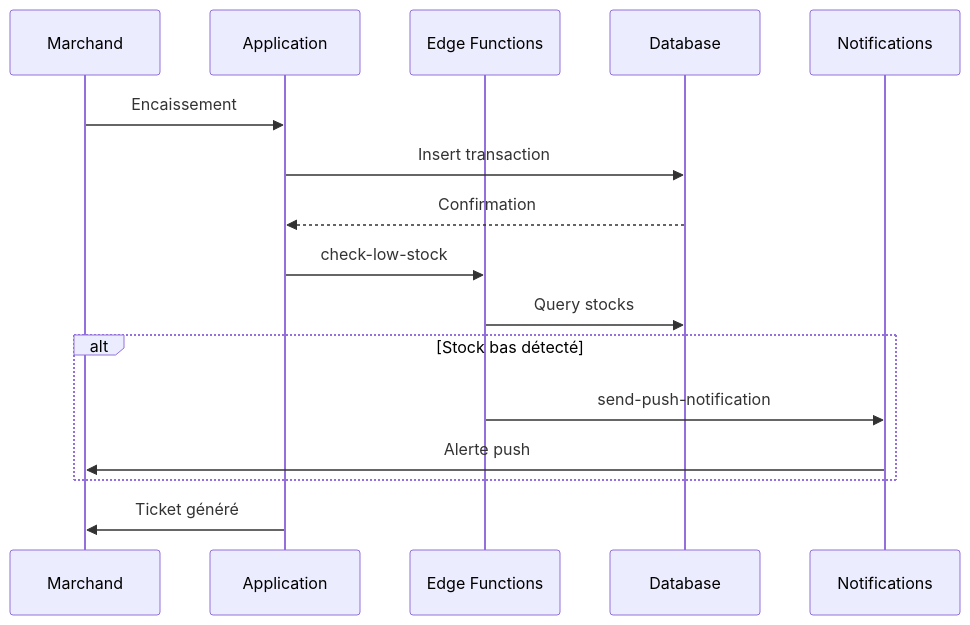
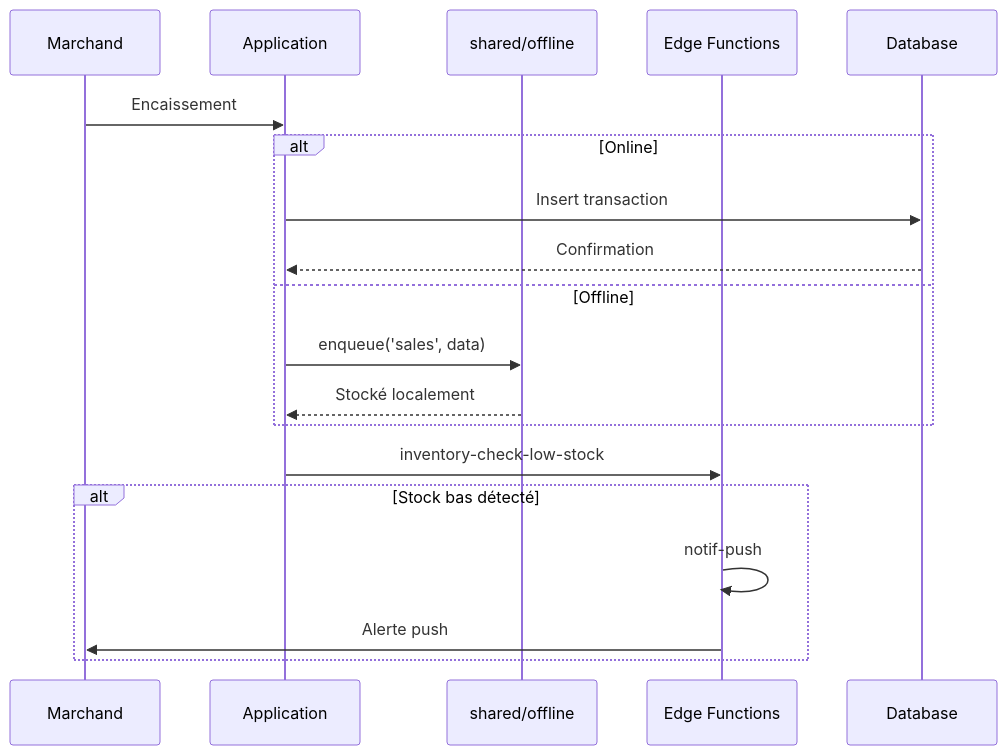
One commit to SOMET1010/igp-ifn-connect changed the sixth of 7 diagrams in docs/ARCHITECTURE.md. Above: the diagram before and after it, drawn with Mermaid. The commit also changed other lines of this file and 26 other files, not shown here.

````diff
--- a/docs/ARCHITECTURE.md
+++ b/docs/ARCHITECTURE.md
@@ -208,21 +272,25 @@
 ```mermaid
 sequenceDiagram
     participant M as Marchand
     participant App as Application
+    participant Offline as shared/offline
     participant EF as Edge Functions
     participant DB as Database
-    participant N as Notifications
     
     M->>App: Encaissement
-    App->>DB: Insert transaction
-    DB-->>App: Confirmation
-    App->>EF: check-low-stock
-    EF->>DB: Query stocks
+    
+    alt Online
+        App->>DB: Insert transaction
+        DB-->>App: Confirmation
+    else Offline
+        App->>Offline: enqueue('sales', data)
+        Offline-->>App: Stocké localement
+    end
+    
+    App->>EF: inventory-check-low-stock
     
     alt Stock bas détecté
-        EF->>N: send-push-notification
-        N->>M: Alerte push
+        EF->>EF: notif-push
+        EF->>M: Alerte push
     end
-    
-    App->>M: Ticket généré
 ```
````
